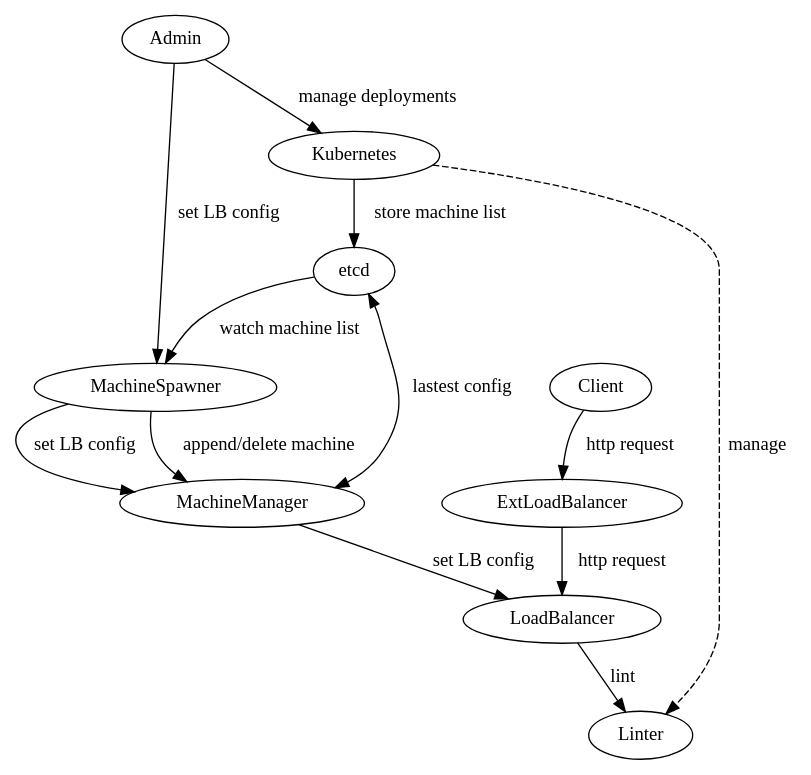
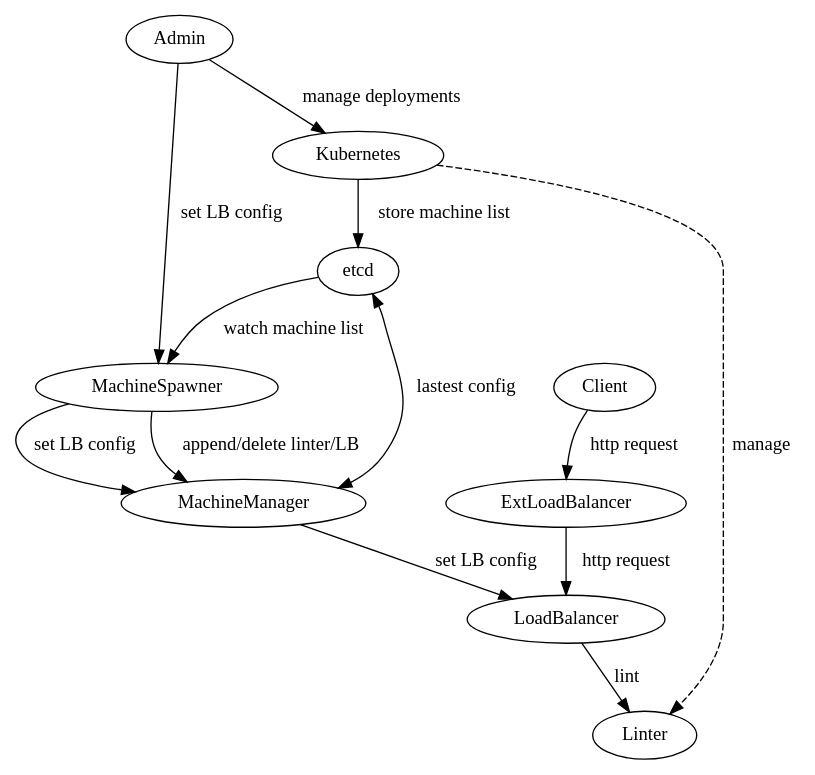
Before and after one commit to prawilny/distributed-linters: the diagram in architecture.dot, drawn with Graphviz. The commit also changed 1 other file, not shown here.

Commit message:
architecture diagram: finding LB machines

```diff
--- a/architecture.dot
+++ b/architecture.dot
@@ -1,21 +1,21 @@
 // dot architecture.dot -Tsvg > architecture.svg
 
 digraph {
     Client -> ExtLoadBalancer [label="http request"];
     ExtLoadBalancer -> LoadBalancer [label="http request"];
     LoadBalancer -> Linter [label="lint"];
 
     MachineManager -> etcd[label="lastest config", dir="both"];
     etcd -> MachineSpawner [label="watch machine list"];
     MachineManager -> LoadBalancer[label="set LB config"];
 
     Kubernetes -> Linter [style="dashed", label="manage"];
 
-    MachineSpawner -> MachineManager[label="append/delete machine"];
+    MachineSpawner -> MachineManager[label="append/delete linter/LB"];
     MachineSpawner -> MachineManager[label="set LB config"];
 
     Admin -> MachineSpawner[label="set LB config"];
 
     Admin -> Kubernetes[label="manage deployments"];
     Kubernetes -> etcd[label="store machine list"];
 }
```
